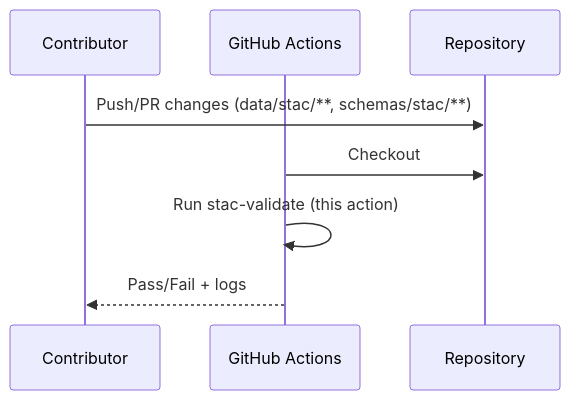
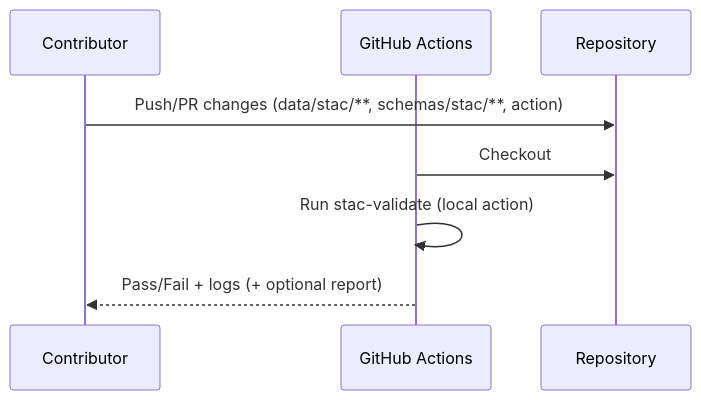
The second of 2 diagrams in .github/actions/stac-validate/README.md (bartytime4life/Kansas-Frontier-Matrix), drawn with Mermaid before and after one commit. The commit also changed other lines of this file, not shown here.

First line of the commit message:
Update README for STAC Validate action to v1.0.1

```diff
--- a/.github/actions/stac-validate/README.md
+++ b/.github/actions/stac-validate/README.md
@@ -171,11 +209,11 @@
 ~~~mermaid
 sequenceDiagram
   participant Dev as Contributor
   participant CI as GitHub Actions
   participant Repo as Repository
 
-  Dev->>Repo: Push/PR changes (data/stac/**, schemas/stac/**)
+  Dev->>Repo: Push/PR changes (data/stac/**, schemas/stac/**, action)
   CI->>Repo: Checkout
-  CI->>CI: Run stac-validate (this action)
-  CI-->>Dev: Pass/Fail + logs
+  CI->>CI: Run stac-validate (local action)
+  CI-->>Dev: Pass/Fail + logs (+ optional report)
 ~~~
```
